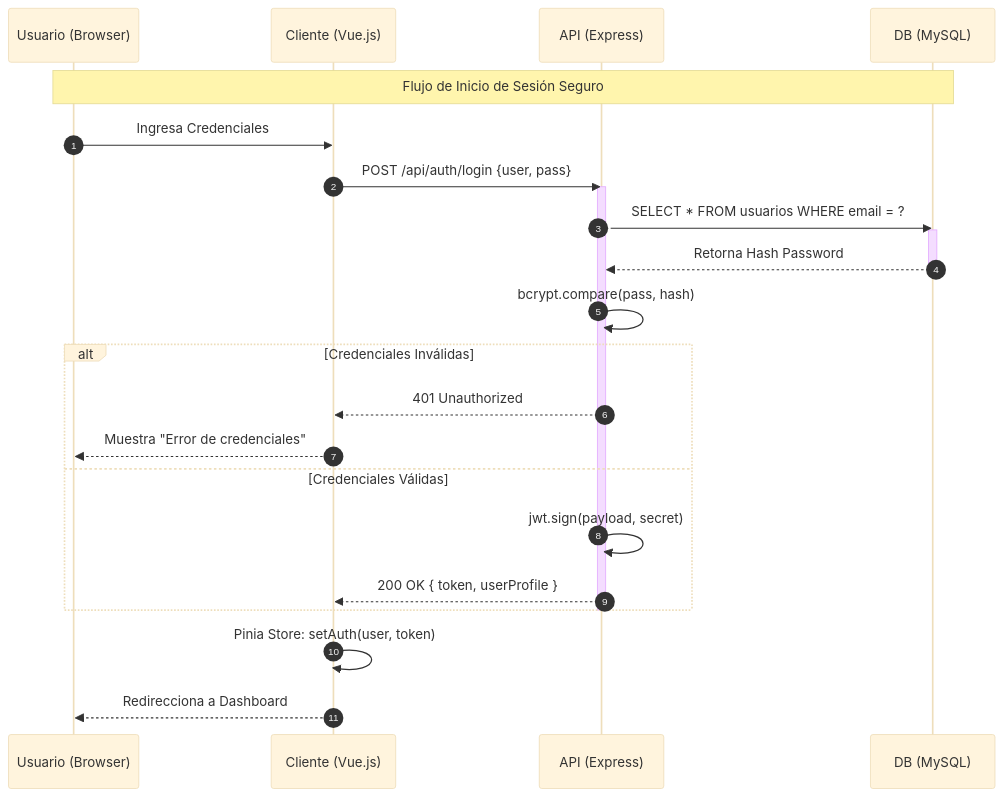
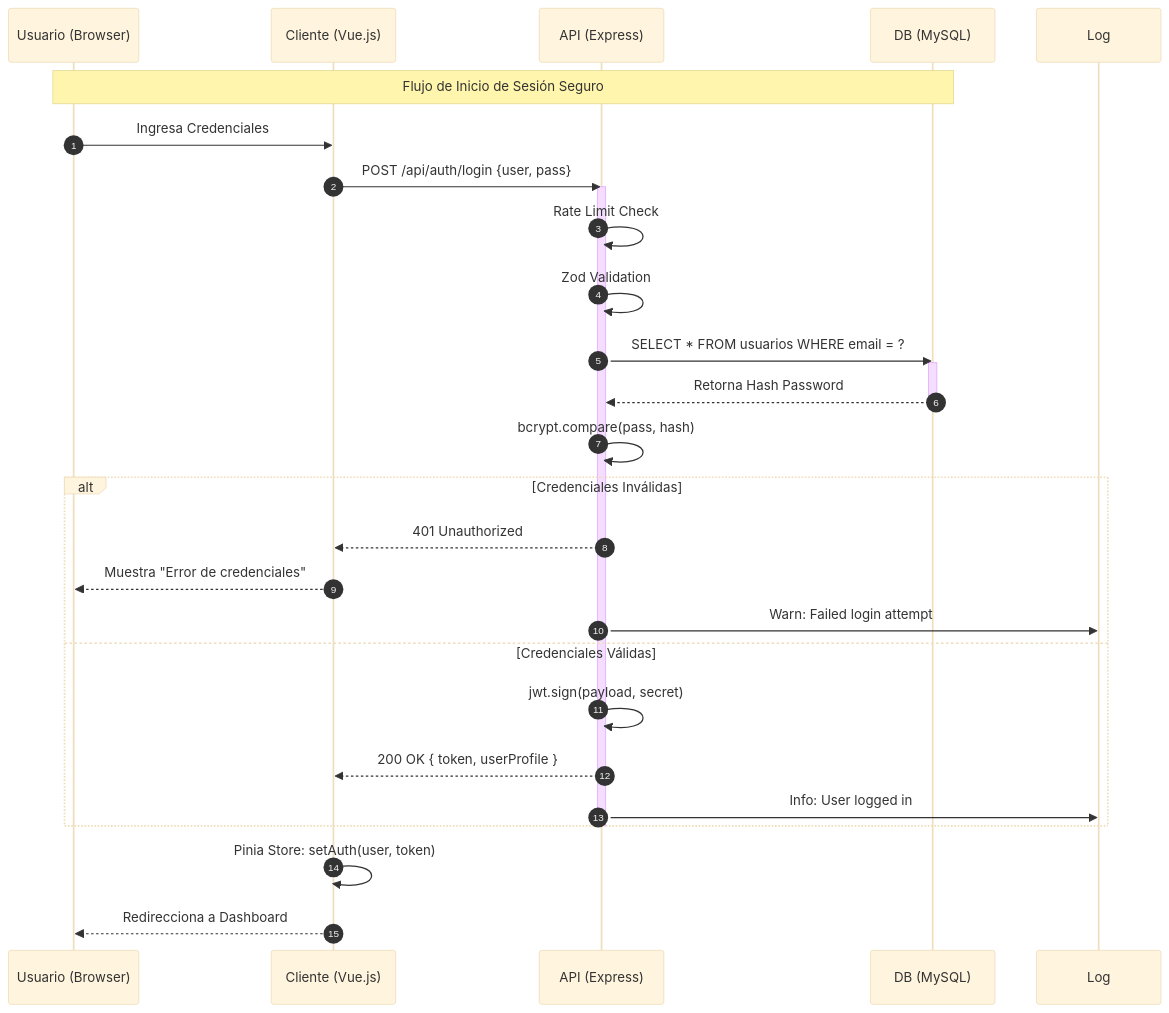
The second of 2 diagrams in docs/ARQUITECTURA_TECNOLOGIA.md (herwingx/inventario-ti-lds), drawn with Mermaid (base theme) before and after one commit. The commit also changed other lines of this file and 65 other files, not shown here.

First line of the commit message:
refactor(server): implement staff engineer architecture and security hardening

````diff
--- a/docs/ARQUITECTURA_TECNOLOGIA.md
+++ b/docs/ARQUITECTURA_TECNOLOGIA.md
@@ -95,28 +102,32 @@
 ```mermaid
 sequenceDiagram
     autonumber
     participant U as Usuario (Browser)
     participant C as Cliente (Vue.js)
     participant A as API (Express)
     participant D as DB (MySQL)
 
     Note over U, D: Flujo de Inicio de Sesión Seguro
     U->>C: Ingresa Credenciales
     C->>A: POST /api/auth/login {user, pass}
     activate A
+    A->>A: Rate Limit Check
+    A->>A: Zod Validation
     A->>D: SELECT * FROM usuarios WHERE email = ?
     activate D
     D-->>A: Retorna Hash Password
     deactivate D
     A->>A: bcrypt.compare(pass, hash)
     alt Credenciales Inválidas
         A-->>C: 401 Unauthorized
         C-->>U: Muestra "Error de credenciales"
+        A->>Log: Warn: Failed login attempt
     else Credenciales Válidas
         A->>A: jwt.sign(payload, secret)
         A-->>C: 200 OK { token, userProfile }
+        A->>Log: Info: User logged in
     end
     deactivate A
     C->>C: Pinia Store: setAuth(user, token)
     C-->>U: Redirecciona a Dashboard
 ```
````
